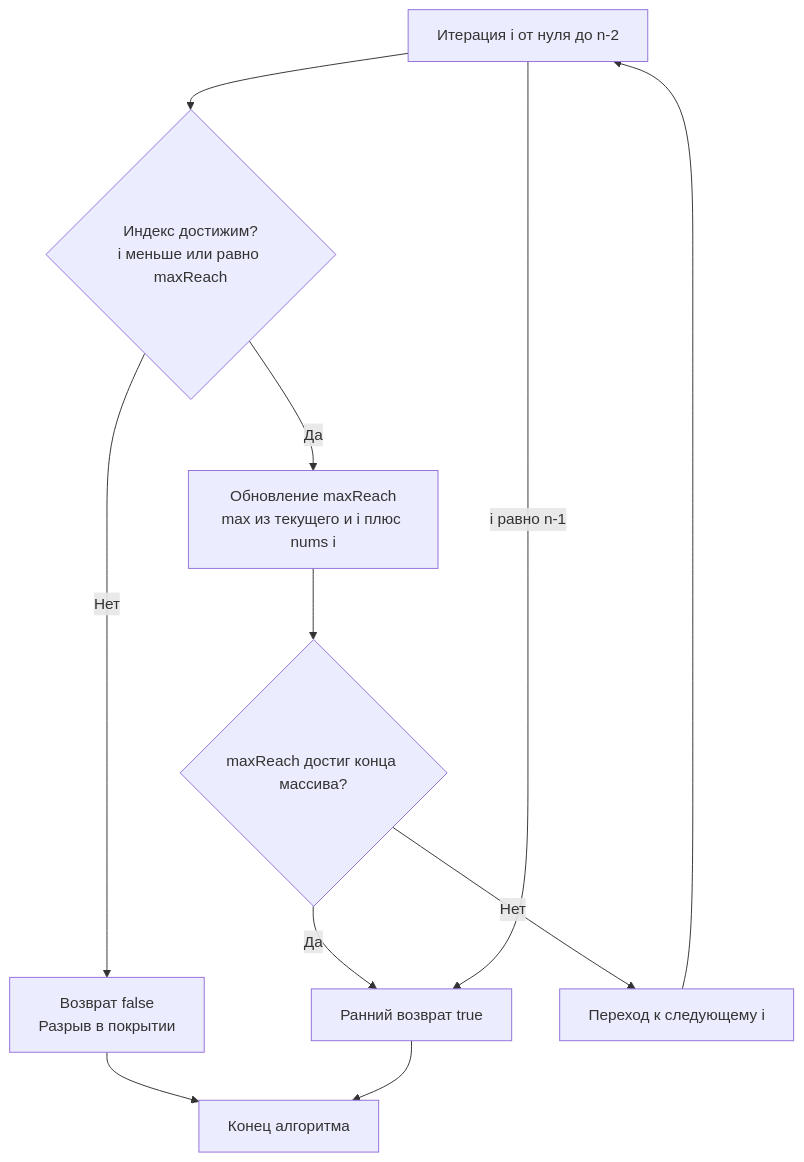
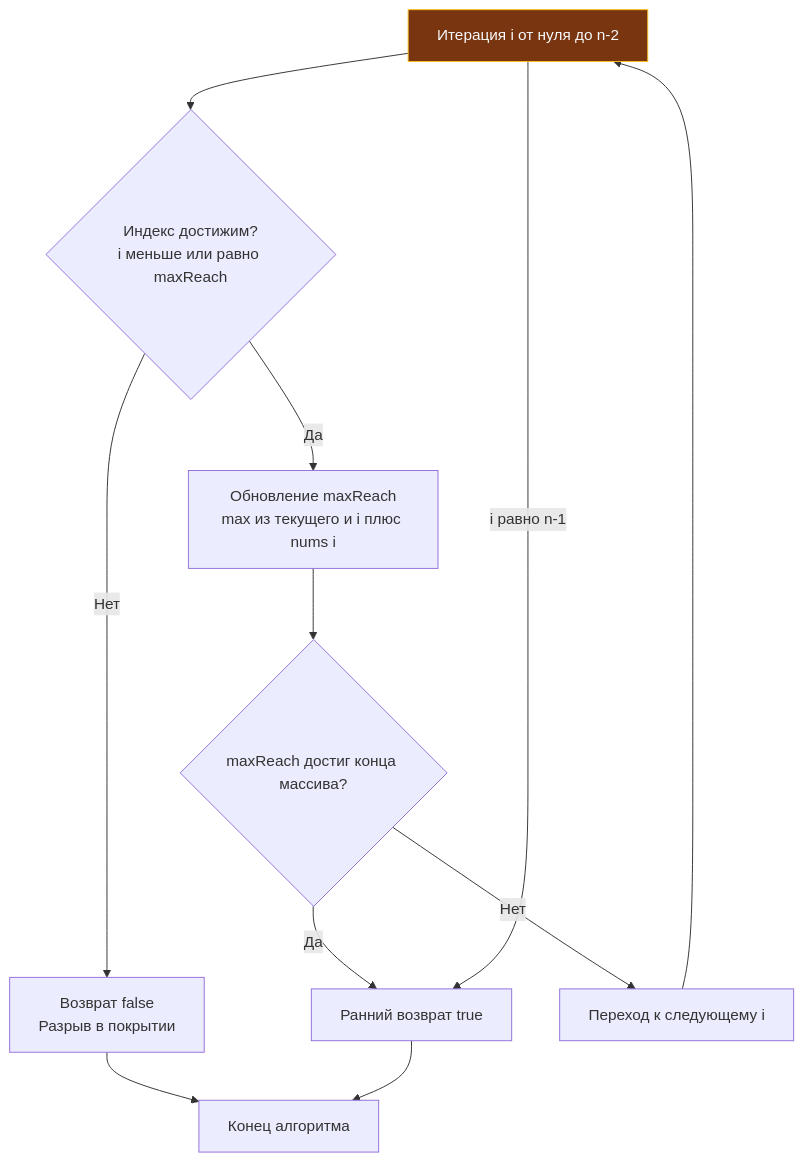
One commit to UnrealTemplier/go-textbook changed the diagram in sources/21. Задачи с LeetCode и собеседований на Go/02. Задачи/17. Жадные алгоритмы/3. Jump Game.md. Above: the diagram before and after it, drawn with Mermaid. The commit also changed 1666 other files, not shown here.

First line of the commit message:
feat(mermaid): add semantic color classDef to 1369 colorless flowchart/graph diagrams

````diff
--- a/sources/21. Задачи с LeetCode и собеседований на Go/02. Задачи/17. Жадные алгоритмы/3. Jump Game.md
+++ b/sources/21. Задачи с LeetCode и собеседований на Go/02. Задачи/17. Жадные алгоритмы/3. Jump Game.md
@@ -5,13 +5,23 @@
 ```mermaid
 flowchart TD
-  A["Итерация i от нуля до n-2"] --> B{"Индекс достижим?<br>i меньше или равно maxReach"}
+    classDef process  fill:#1e293b,stroke:#38bdf8,stroke-width:1px,color:#f8fafc
+    classDef success  fill:#064e3b,stroke:#34d399,stroke-width:1px,color:#f8fafc
+    classDef error    fill:#7f1d1d,stroke:#f87171,stroke-width:1px,color:#f8fafc
+    classDef warning  fill:#78350f,stroke:#fbbf24,stroke-width:1px,color:#f8fafc
+    classDef entry    fill:#1e3a5f,stroke:#38bdf8,stroke-width:2px,color:#f8fafc
+    classDef aux      fill:#334155,stroke:#64748b,stroke-width:1px,color:#f8fafc
+    classDef system   fill:#312e81,stroke:#a78bfa,stroke-width:1px,color:#f8fafc
+    classDef data     fill:#132d29,stroke:#2dd4bf,stroke-width:1px,color:#f8fafc
+    classDef network  fill:#881337,stroke:#fb7185,stroke-width:1px,color:#f8fafc
+    classDef accent   fill:#1e1b4b,stroke:#818cf8,stroke-width:1px,color:#f8fafc
+  A["Итерация i от нуля до n-2"]:::warning --> B{"Индекс достижим?<br>i меньше или равно maxReach"}
   B -->|Нет| C["Возврат false<br>Разрыв в покрытии"]
   B -->|Да| D["Обновление maxReach<br>max из текущего и i плюс nums i"]
   D --> E{"maxReach достиг конца массива?"}
   E -->|Да| F["Ранний возврат true"]
   E -->|Нет| G["Переход к следующему i"]
   C --> H["Конец алгоритма"]
   F --> H
   G --> A
   A -->|i равно n-1| F
 ```
````
